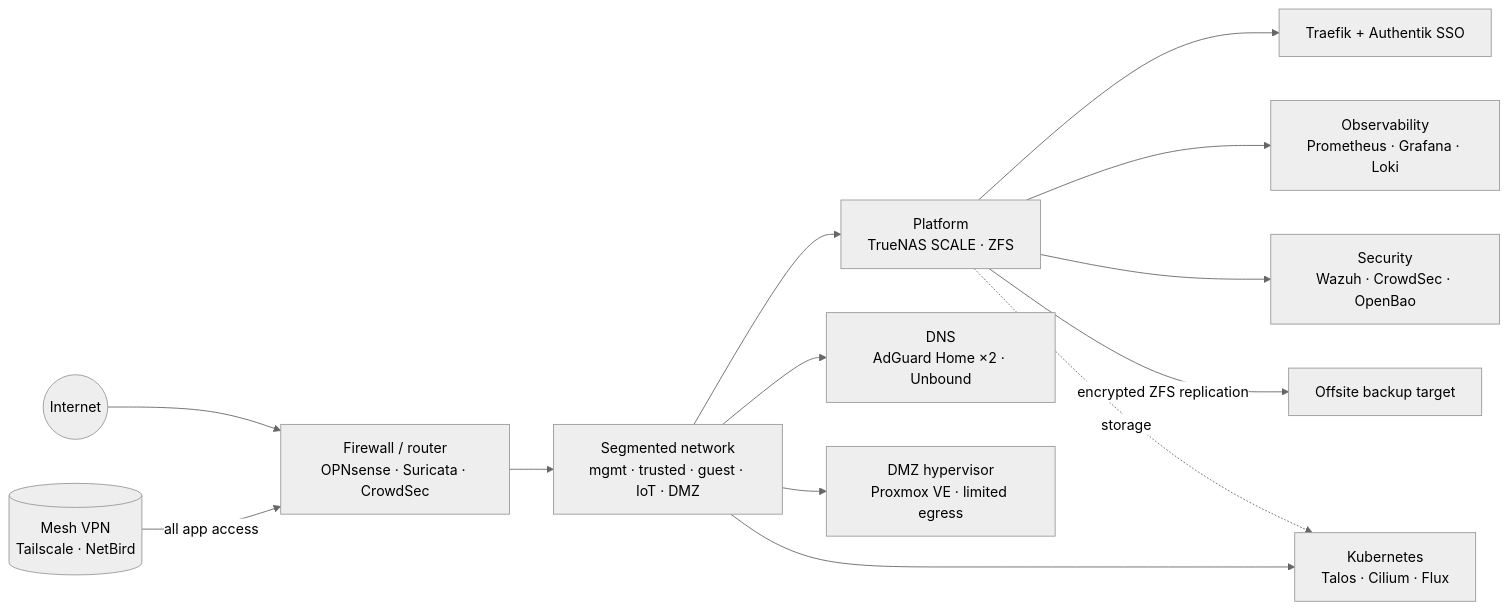
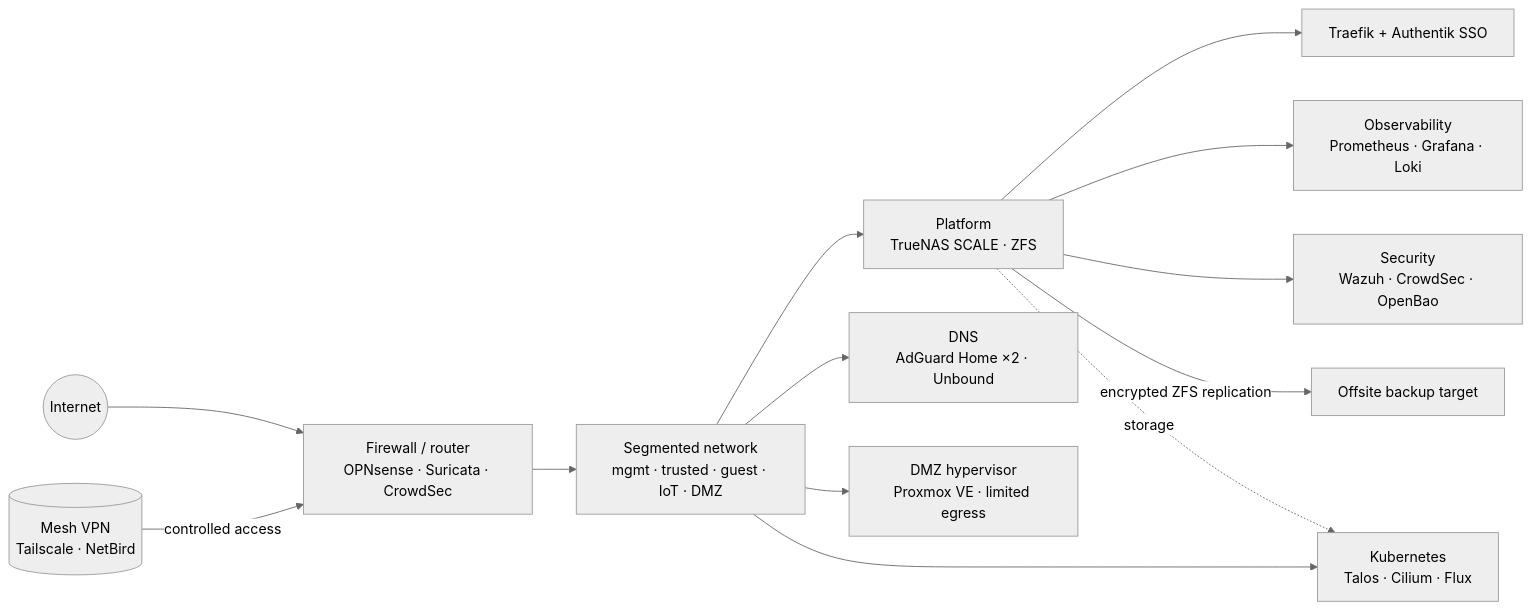
Before and after one commit to mselin/mselin: the diagram in README.md, drawn with Mermaid (neutral theme).

Commit message:
Describe mesh VPN access as controlled access
Claude-Session: https://claude.ai/code/session_013DgN9N6MedXYU6Hmksz994

````diff
--- a/README.md
+++ b/README.md
@@ -37,18 +37,18 @@
 ```mermaid
 flowchart LR
   inet((Internet)) --> fw[Firewall / router<br/>OPNsense · Suricata · CrowdSec]
-  vpn[(Mesh VPN<br/>Tailscale · NetBird)] -- all app access --> fw
+  vpn[(Mesh VPN<br/>Tailscale · NetBird)] -- controlled access --> fw
 
   fw --> sw[Segmented network<br/>mgmt · trusted · guest · IoT · DMZ]
 
   sw --> nas[Platform<br/>TrueNAS SCALE · ZFS]
   sw --> dns[DNS<br/>AdGuard Home ×2 · Unbound]
   sw --> dmz[DMZ hypervisor<br/>Proxmox VE · limited egress]
   sw --> k8s[Kubernetes<br/>Talos · Cilium · Flux]
 
   nas --> ingress[Traefik + Authentik SSO]
   nas --> obs[Observability<br/>Prometheus · Grafana · Loki]
   nas --> sec[Security<br/>Wazuh · CrowdSec · OpenBao]
   nas -- encrypted ZFS replication --> bak[Offsite backup target]
   nas -. storage .-> k8s
 ```
````
